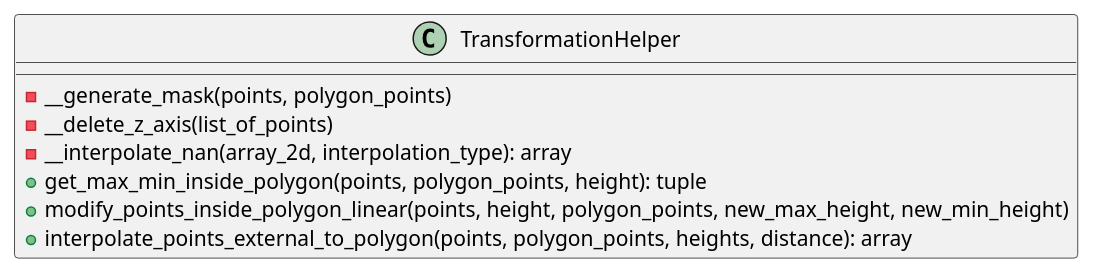
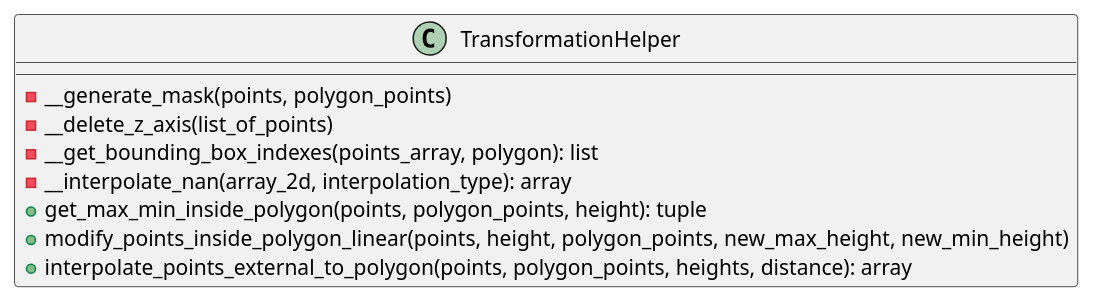
Before and after one commit to ferpoble2/Relief_Creator: the diagram in docs/classes/TransformationHelper.puml, drawn with PlantUML.

Commit message:
updated diagram

```diff
--- a/docs/classes/TransformationHelper.puml
+++ b/docs/classes/TransformationHelper.puml
@@ -1,14 +1,15 @@
 @startuml
 'https://plantuml.com/class-diagram
 
 class TransformationHelper {
 
     - __generate_mask(points, polygon_points)
     - __delete_z_axis(list_of_points)
+    - __get_bounding_box_indexes(points_array, polygon): list
     - __interpolate_nan(array_2d, interpolation_type): array
     + get_max_min_inside_polygon(points, polygon_points, height): tuple
     + modify_points_inside_polygon_linear(points, height, polygon_points, new_max_height, new_min_height)
     + interpolate_points_external_to_polygon(points, polygon_points, heights, distance): array
 }
 
 @enduml
```
